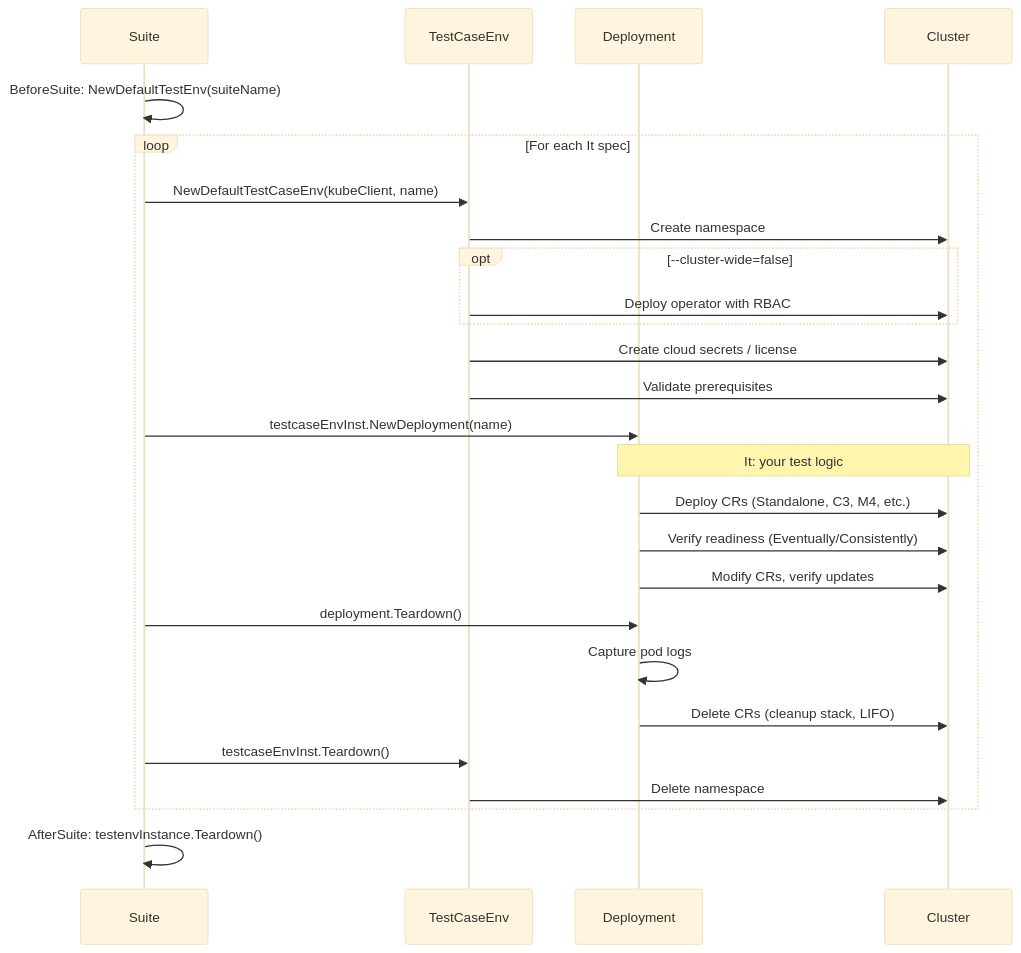
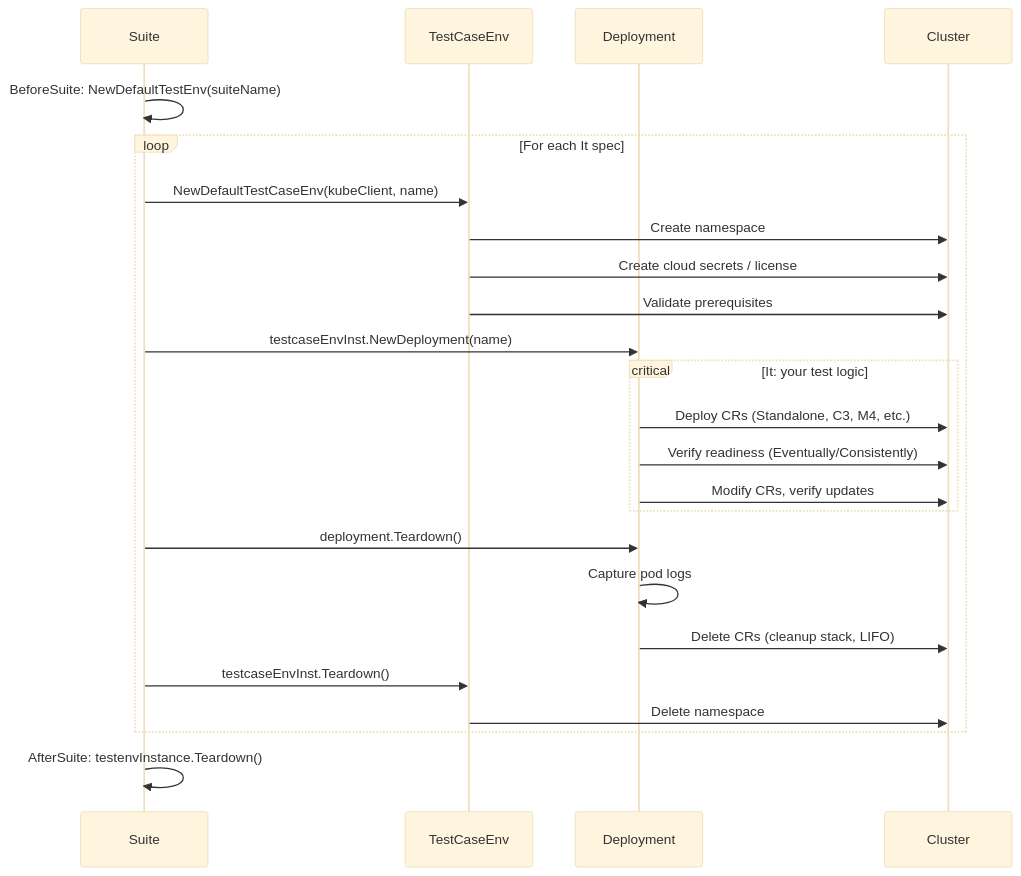
The second of 2 diagrams in docs/IntegrationTesting.md (splunk/splunk-operator), drawn with Mermaid (base theme) before and after one commit. The commit also changed other lines of this file, not shown here.

First line of the commit message:
CSPL-4621: address PR review comments on integration test guide

````diff
--- a/docs/IntegrationTesting.md
+++ b/docs/IntegrationTesting.md
@@ -138,33 +137,31 @@
 ```mermaid
 sequenceDiagram
     participant Suite
     participant TestCaseEnv
     participant Deployment
     participant Cluster
 
     Suite->>Suite: BeforeSuite: NewDefaultTestEnv(suiteName)
 
     loop For each It spec
         Suite->>TestCaseEnv: NewDefaultTestCaseEnv(kubeClient, name)
         TestCaseEnv->>Cluster: Create namespace
-        opt --cluster-wide=false
-            TestCaseEnv->>Cluster: Deploy operator with RBAC
-        end
         TestCaseEnv->>Cluster: Create cloud secrets / license
         TestCaseEnv->>Cluster: Validate prerequisites
         Suite->>Deployment: testcaseEnvInst.NewDeployment(name)
 
-        Note over Deployment,Cluster: It: your test logic
-        Deployment->>Cluster: Deploy CRs (Standalone, C3, M4, etc.)
-        Deployment->>Cluster: Verify readiness (Eventually/Consistently)
-        Deployment->>Cluster: Modify CRs, verify updates
+        critical It: your test logic
+            Deployment->>Cluster: Deploy CRs (Standalone, C3, M4, etc.)
+            Deployment->>Cluster: Verify readiness (Eventually/Consistently)
+            Deployment->>Cluster: Modify CRs, verify updates
+        end
 
         Suite->>Deployment: deployment.Teardown()
         Deployment->>Deployment: Capture pod logs
         Deployment->>Cluster: Delete CRs (cleanup stack, LIFO)
         Suite->>TestCaseEnv: testcaseEnvInst.Teardown()
         TestCaseEnv->>Cluster: Delete namespace
     end
 
     Suite->>Suite: AfterSuite: testenvInstance.Teardown()
 ```
````
